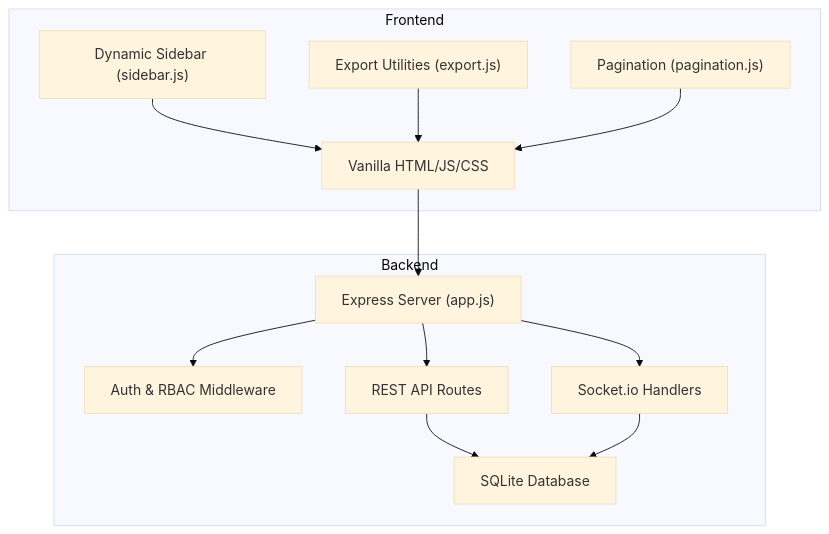
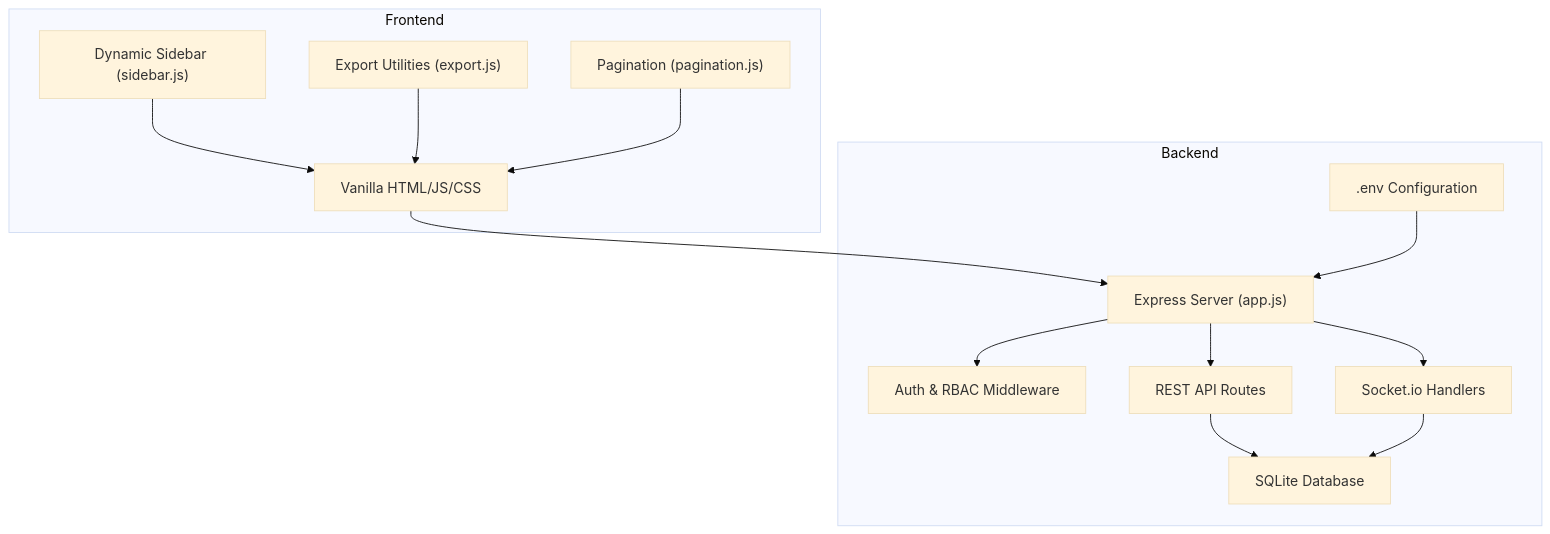
The first of 8 diagrams in .qoder/repowiki/en/content/Development Guidelines.md (rendisiagian/TDS_by_RENDISIAGIAN), drawn with Mermaid (base theme) before and after one commit. The commit also changed other lines of this file and 13 other files, not shown here.

First line of the commit message:
docs(env): enhance environment configuration with .env and security validation

````diff
--- a/.qoder/repowiki/en/content/Development Guidelines.md
+++ b/.qoder/repowiki/en/content/Development Guidelines.md
@@ -52,25 +50,27 @@
 ```mermaid
 graph TB
 subgraph "Frontend"
 UI["Vanilla HTML/JS/CSS"]
 Sidebar["Dynamic Sidebar (sidebar.js)"]
 Export["Export Utilities (export.js)"]
 Pag["Pagination (pagination.js)"]
 end
 subgraph "Backend"
 Express["Express Server (app.js)"]
 Auth["Auth & RBAC Middleware"]
 API["REST API Routes"]
 WS["Socket.io Handlers"]
 DB["SQLite Database"]
+Env[".env Configuration"]
 end
 UI --> Express
 Sidebar --> UI
 Export --> UI
 Pag --> UI
 Express --> Auth
 Express --> API
 Express --> WS
 API --> DB
 WS --> DB
+Env --> Express
 ```
````
